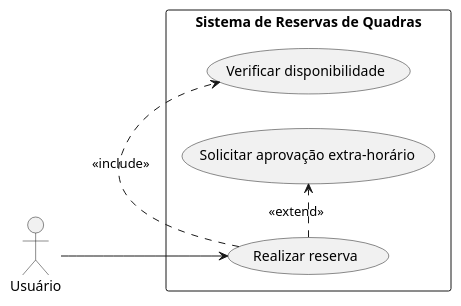
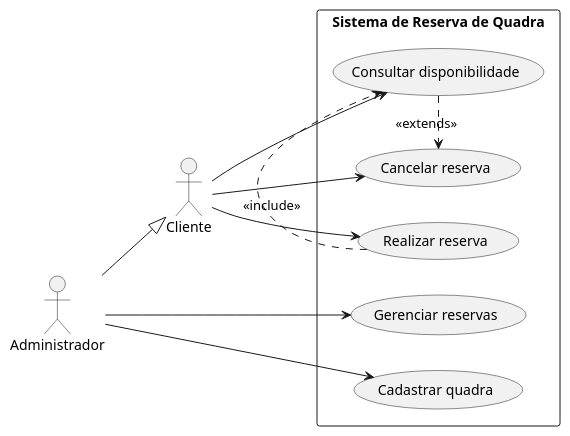
Before and after one commit to heliokamakawa/ifpr: the third of 3 diagrams in aps/aulas/aula07a.md, drawn with PlantUML. The commit also changed other lines of this file, not shown here.

````diff
--- a/aps/aulas/aula07a.md
+++ b/aps/aulas/aula07a.md
@@ -178,19 +205,28 @@
 ```plantuml
 @startuml
-left to right direction
+left to right direction 
 
-actor "Usuário" as Usuario
+actor "Cliente" as Cliente
+actor "Administrador" as Administrador
 
-rectangle "Sistema de Reservas de Quadras" {
-  usecase "Realizar reserva" as UC1
-  usecase "Verificar disponibilidade" as UC2
-  usecase "Solicitar aprovação extra-horário" as UC3
+rectangle "Sistema de Reserva de Quadra" {
+  usecase "Realizar reserva" as CU01
+  usecase "Cancelar reserva" as CU02
+  usecase "Consultar disponibilidade" as CU03
+  usecase "Gerenciar reservas" as CU04
+  usecase "Cadastrar quadra" as CU05 
 
-  UC1 .> UC2 : <<include>>
-  UC1 .> UC3 : <<extend>>
+  CU01 .> CU03 : <<include>>
+  CU03 .> CU02 : <<extends>>
 }
 
-Usuario --> UC1
+Cliente --> CU01
+Cliente --> CU02
+Cliente --> CU03
+
+Administrador --|> Cliente
+Administrador --> CU04
+Administrador --> CU05
 @enduml
 
 ```
````
